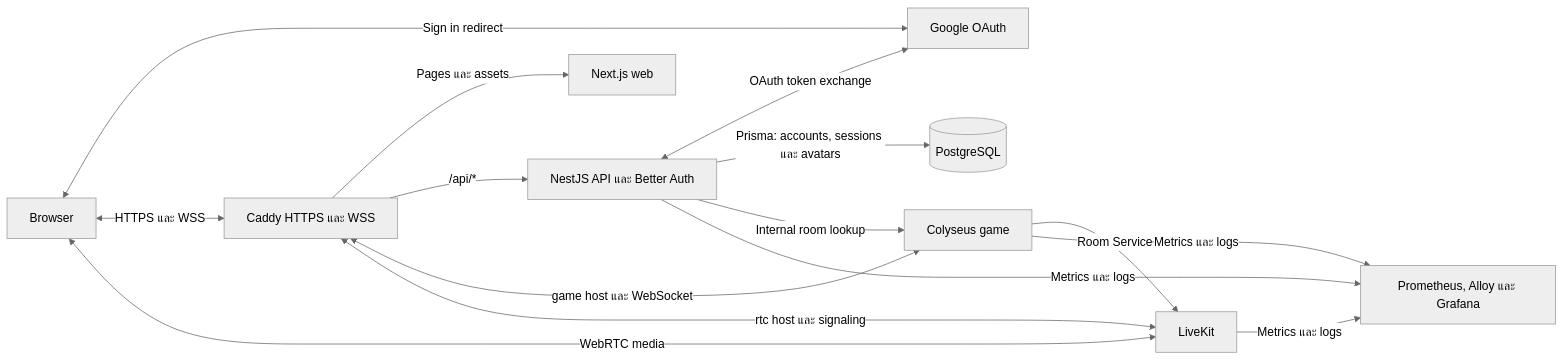
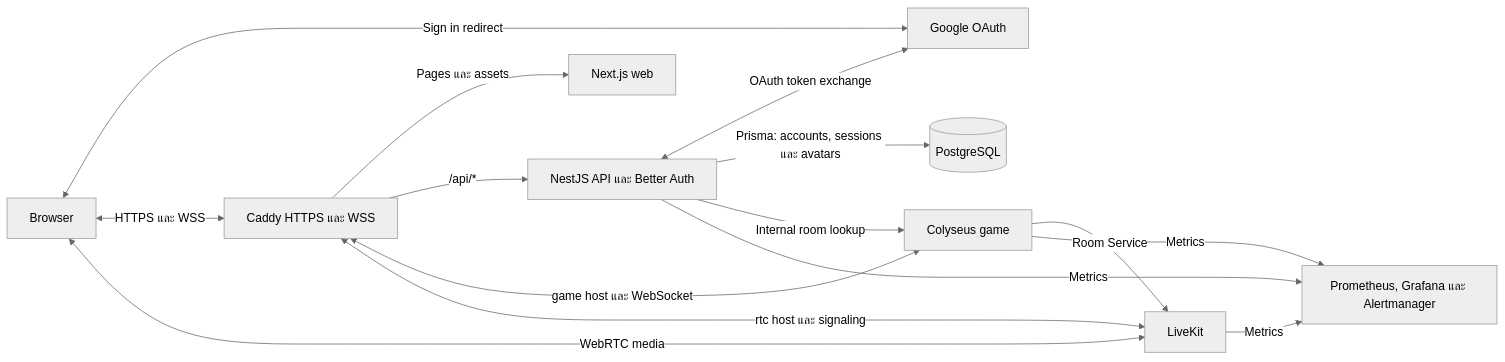
One commit to Nutchanon-TR/mini-connecta changed the diagram in docx/02-system-design/README.md. Above: the diagram before and after it, drawn with Mermaid (neutral theme). The commit also changed other lines of this file and 127 other files, not shown here.

```diff
--- a/docx/02-system-design/README.md
+++ b/docx/02-system-design/README.md
@@ -33,26 +33,26 @@
 ~~~mermaid
 flowchart LR
     Browser["Browser"]
     Google["Google OAuth"]
     Edge["Caddy HTTPS และ WSS"]
     Web["Next.js web"]
     API["NestJS API และ Better Auth"]
     Game["Colyseus game"]
     Voice["LiveKit"]
     DB[("PostgreSQL")]
-    Obs["Prometheus, Alloy และ Grafana"]
+    Obs["Prometheus, Grafana และ Alertmanager"]
     Browser <-->|"Sign in redirect"| Google
     API <-->|"OAuth token exchange"| Google
     Browser <-->|"HTTPS และ WSS"| Edge
     Edge -->|"Pages และ assets"| Web
     Edge -->|"/api/*"| API
     Edge <-->|"game host และ WebSocket"| Game
     Edge <-->|"rtc host และ signaling"| Voice
     Browser <-->|"WebRTC media"| Voice
     API -->|"Prisma: accounts, sessions และ avatars"| DB
     API -->|"Internal room lookup"| Game
     Game -->|"Room Service"| Voice
-    API -->|"Metrics และ logs"| Obs
-    Game -->|"Metrics และ logs"| Obs
-    Voice -->|"Metrics และ logs"| Obs
+    API -->|"Metrics"| Obs
+    Game -->|"Metrics"| Obs
+    Voice -->|"Metrics"| Obs
 ~~~
```
